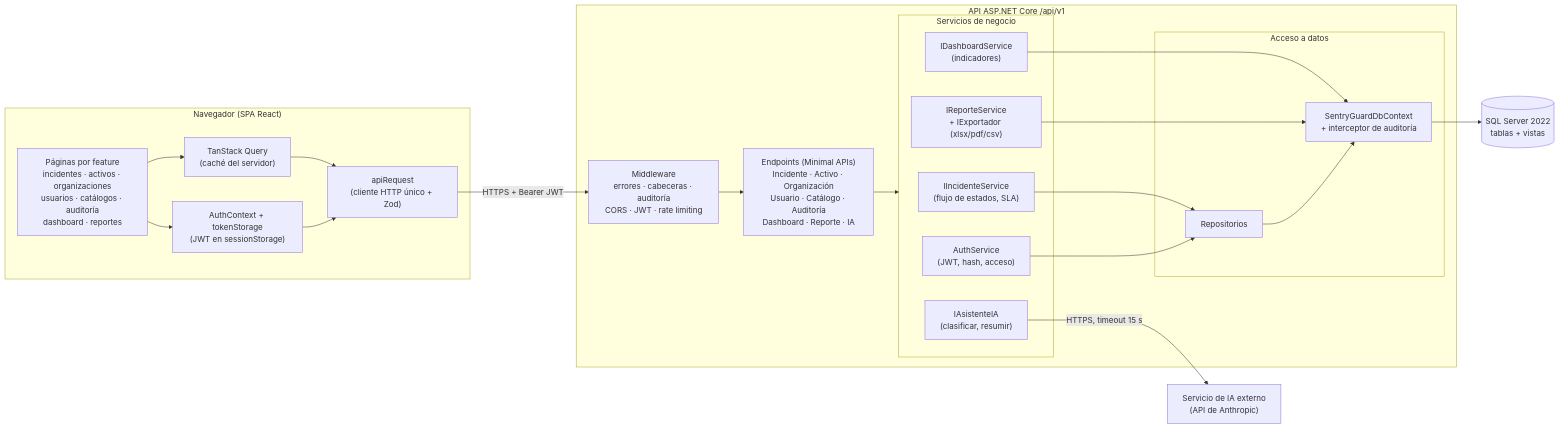
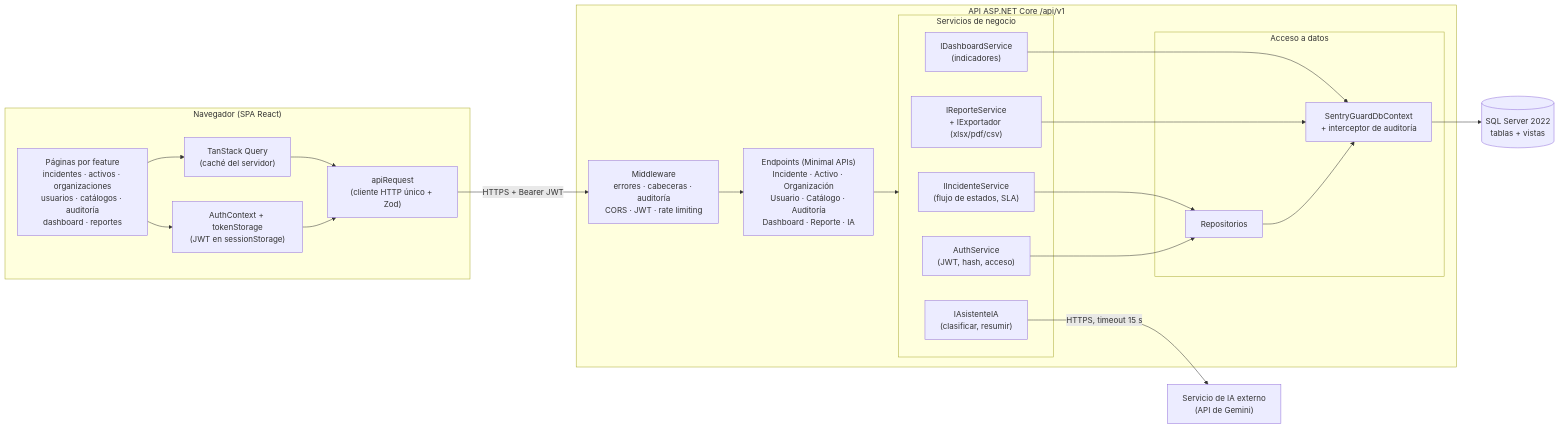
Before and after one commit to bastiovalleipvg/SentryGuard: the first of 2 diagrams in docs/evaluacion3/03_arquitectura.md, drawn with Mermaid. The commit also changed other lines of this file and 7 other files, not shown here.

````diff
--- a/docs/evaluacion3/03_arquitectura.md
+++ b/docs/evaluacion3/03_arquitectura.md
@@ -29,41 +29,41 @@
 ```mermaid
 flowchart LR
     subgraph Navegador["Navegador (SPA React)"]
         UI["Páginas por feature<br/>incidentes · activos · organizaciones<br/>usuarios · catálogos · auditoría<br/>dashboard · reportes"]
         Q["TanStack Query<br/>(caché del servidor)"]
         AUTH["AuthContext + tokenStorage<br/>(JWT en sessionStorage)"]
         HTTP["apiRequest<br/>(cliente HTTP único + Zod)"]
         UI --> Q --> HTTP
         UI --> AUTH
         AUTH --> HTTP
     end
 
     subgraph API["API ASP.NET Core /api/v1"]
         MW["Middleware<br/>errores · cabeceras · auditoría<br/>CORS · JWT · rate limiting"]
         EP["Endpoints (Minimal APIs)<br/>Incidente · Activo · Organización<br/>Usuario · Catálogo · Auditoría<br/>Dashboard · Reporte · IA"]
         subgraph SVC["Servicios de negocio"]
             S1["IIncidenteService<br/>(flujo de estados, SLA)"]
             S2["IDashboardService<br/>(indicadores)"]
             S3["IReporteService<br/>+ IExportador (xlsx/pdf/csv)"]
             S4["IAsistenteIA<br/>(clasificar, resumir)"]
             S5["AuthService<br/>(JWT, hash, acceso)"]
         end
         subgraph DATOS["Acceso a datos"]
             R["Repositorios"]
             DB["SentryGuardDbContext<br/>+ interceptor de auditoría"]
         end
         MW --> EP --> SVC
         S1 --> R
         S2 --> DB
         S3 --> DB
         S5 --> R
         R --> DB
     end
 
     SQL[("SQL Server 2022<br/>tablas + vistas")]
-    IA["Servicio de IA externo<br/>(API de Anthropic)"]
+    IA["Servicio de IA externo<br/>(API de Gemini)"]
 
     HTTP -- "HTTPS + Bearer JWT" --> MW
     DB --> SQL
     S4 -- "HTTPS, timeout 15 s" --> IA
 ```
````
